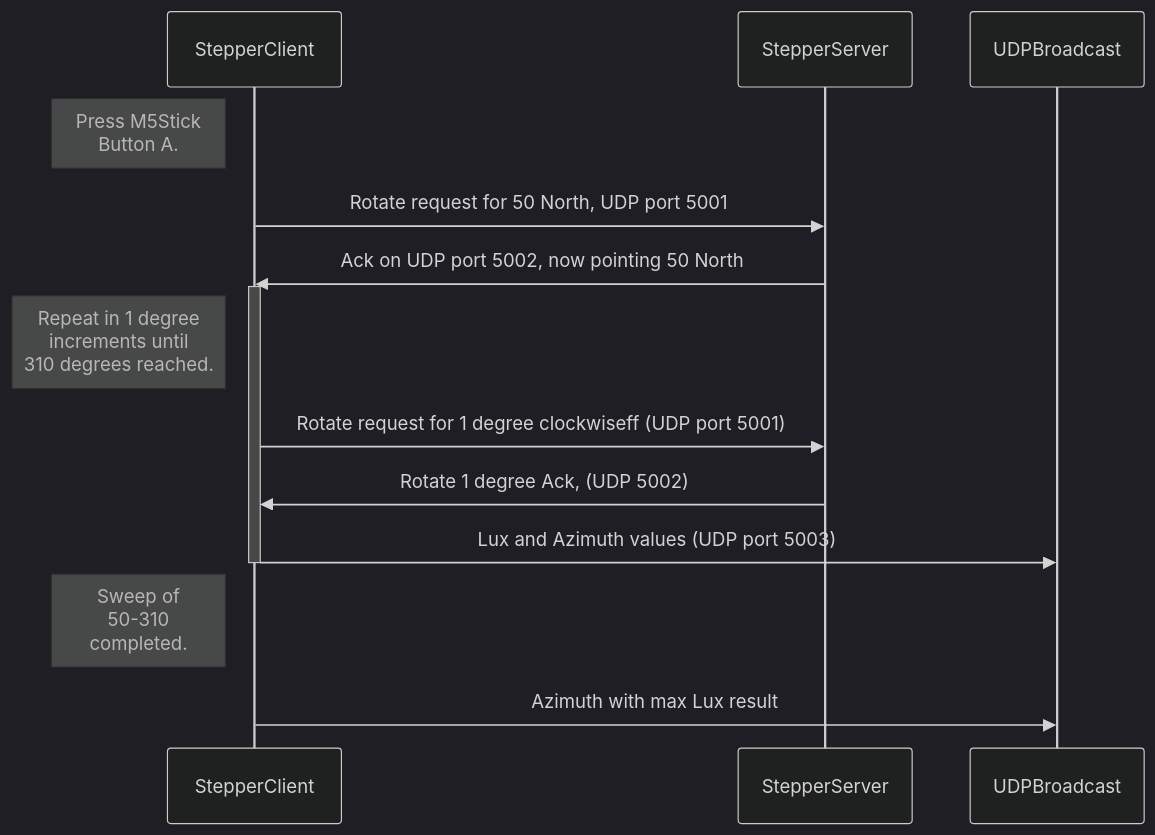
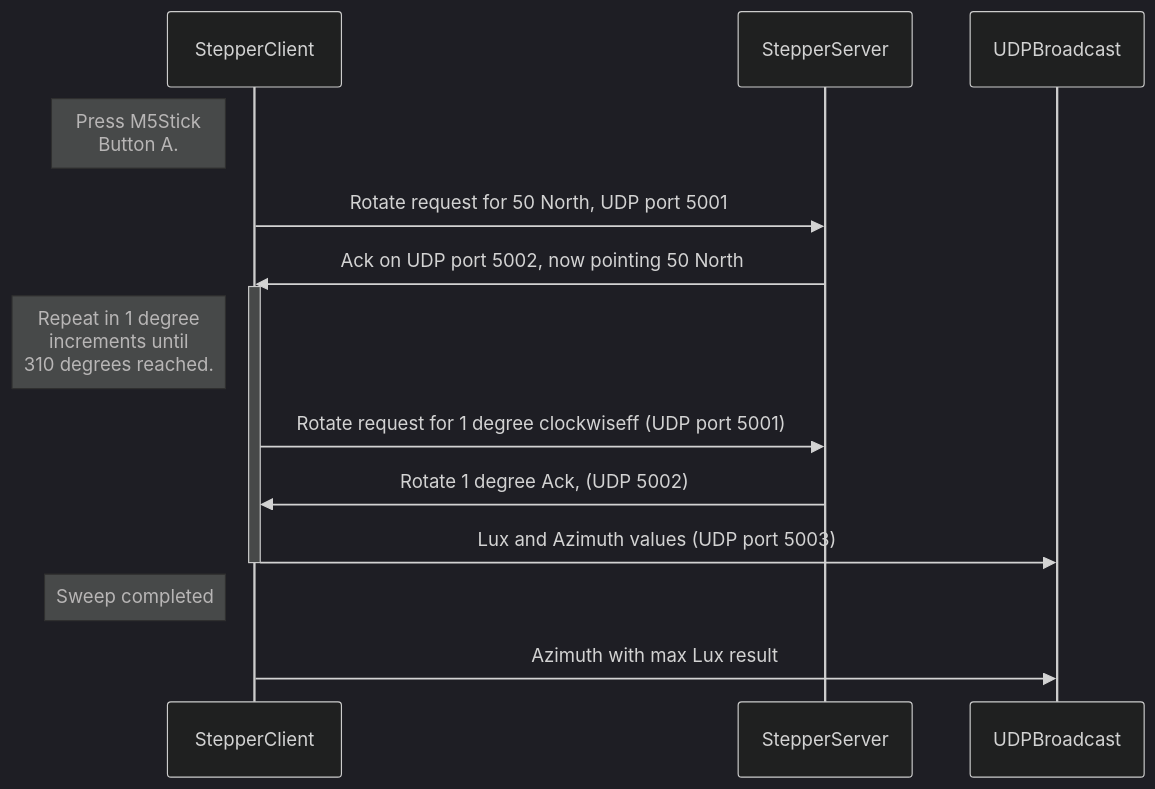
Before and after one commit to wicked-rainman/SolarClock: the diagram in README.md, drawn with Mermaid (dark theme).

````diff
--- a/README.md
+++ b/README.md
@@ -68,17 +68,17 @@
 ```mermaid
 sequenceDiagram
     participant StepperClient
     participant StepperServer
     participant UDPBroadcast
     Note left of StepperClient: Press M5Stick<BR/> Button A.
     StepperClient->>StepperServer: Rotate request for 50 North, UDP port 5001
     StepperServer->>StepperClient: Ack on UDP port 5002, now pointing 50 North
     activate StepperClient
     Note left of StepperClient: Repeat in 1 degree<br>increments until<BR/>310 degrees reached.
     StepperClient->>StepperServer: Rotate request for 1 degree clockwiseff (UDP port 5001)
     StepperServer->>StepperClient: Rotate 1 degree Ack, (UDP 5002)
     StepperClient->>UDPBroadcast: Lux and Azimuth values (UDP port 5003)
     deactivate StepperClient
-    Note left of StepperClient: Sweep of <br>50-310<br>completed.
+    Note left of StepperClient: Sweep completed
     StepperClient->>UDPBroadcast: Azimuth with max Lux result
 ```
````
